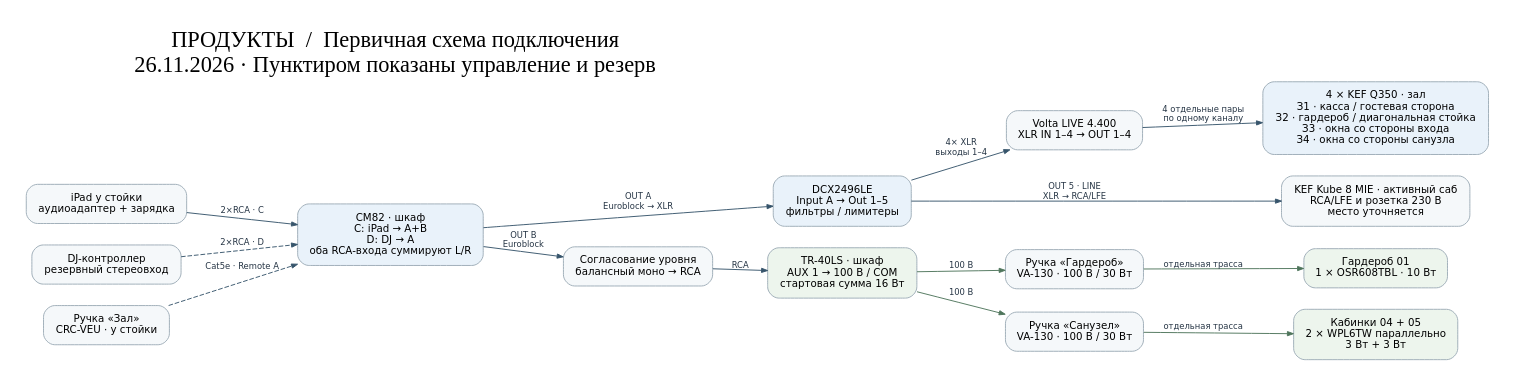
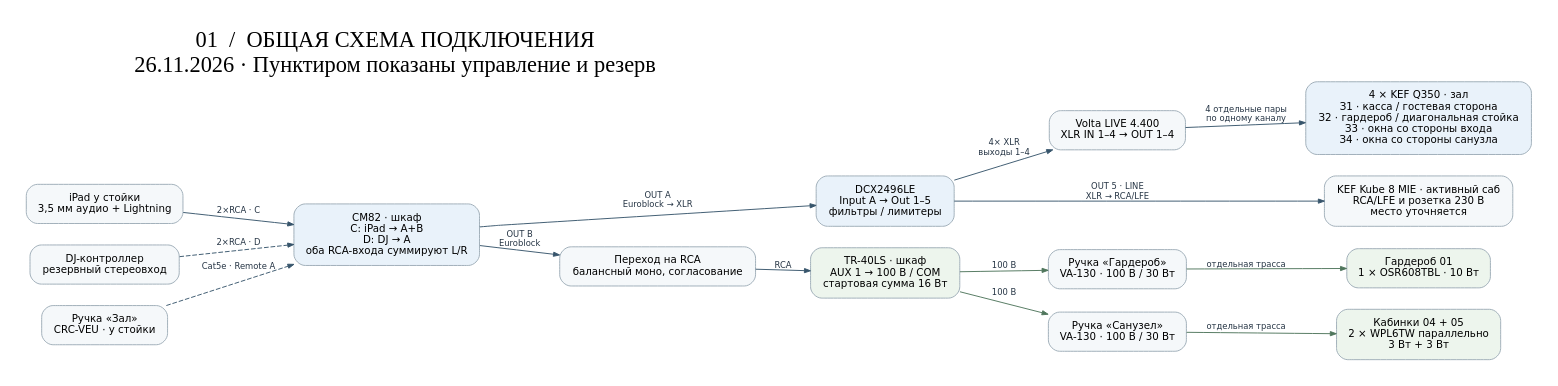
The diagram in produkty/visuals/signal-flow.dot (olegoviccc/p2p-audio-system-design), drawn with Graphviz before and after one commit. The commit also changed 13 other files, not shown here.

Commit message:
Зафиксировать смету заказчика и выпустить комплект схем

```diff
--- a/produkty/visuals/signal-flow.dot
+++ b/produkty/visuals/signal-flow.dot
@@ -1,28 +1,28 @@
 digraph Signal {
-  graph [rankdir=LR,bgcolor="#ffffff",pad=.28,nodesep=.32,ranksep=.54,splines=polyline,labelloc=t,labeljust=l,fontname="DejaVu Sans Bold",fontsize=24,label="ПРОДУКТЫ  /  Первичная схема подключения\n26.11.2026 · Пунктиром показаны управление и резерв"];
+  graph [rankdir=LR,bgcolor="#ffffff",pad=.28,nodesep=.32,ranksep=.54,splines=polyline,labelloc=t,labeljust=l,fontname="DejaVu Sans Bold",fontsize=24,label="01  /  ОБЩАЯ СХЕМА ПОДКЛЮЧЕНИЯ\n26.11.2026 · Пунктиром показаны управление и резерв"];
   node [shape=box,style="rounded,filled",fontname="DejaVu Sans",fontsize=11,color="#9cacb6",fillcolor="#f5f8fa",margin=".17,.12"];
   edge [fontname="DejaVu Sans",fontsize=9,color="#36546b",fontcolor="#253444",arrowsize=.65];
-  ipad [label="iPad у стойки\nаудиоадаптер + зарядка"]; dj [label="DJ-контроллер\nрезервный стереовход"];
+  ipad [label="iPad у стойки\n3,5 мм аудио + Lightning"]; dj [label="DJ-контроллер\nрезервный стереовход"];
   mixer [label="CM82 · шкаф\nC: iPad → A+B\nD: DJ → A\nоба RCA-входа суммируют L/R",fillcolor="#e9f2fa"];
   wall [label="Ручка «Зал»\nCRC-VEU · у стойки"];
   dsp [label="DCX2496LE\nInput A → Out 1–5\nфильтры / лимитеры",fillcolor="#e9f2fa"];
   pa [label="Volta LIVE 4.400\nXLR IN 1–4 → OUT 1–4"];
   hall [label="4 × KEF Q350 · зал\nЗ1 · касса / гостевая сторона\nЗ2 · гардероб / диагональная стойка\nЗ3 · окна со стороны входа\nЗ4 · окна со стороны санузла",fillcolor="#e9f2fa"];
   sub [label="KEF Kube 8 MIE · активный саб\nRCA/LFE и розетка 230 В\nместо уточняется"];
-  match [label="Согласование уровня\nбалансный моно → RCA"];
+  match [label="Переход на RCA\nбалансный моно, согласование"];
   tr [label="TR-40LS · шкаф\nAUX 1 → 100 В / COM\nстартовая сумма 16 Вт",fillcolor="#edf5ed"];
   coat [label="Ручка «Гардероб»\nVA-130 · 100 В / 30 Вт"];
   wc [label="Ручка «Санузел»\nVA-130 · 100 В / 30 Вт"];
   osr [label="Гардероб 01\n1 × OSR608TBL · 10 Вт",fillcolor="#edf5ed"];
   wpl [label="Кабинки 04 + 05\n2 × WPL6TW параллельно\n3 Вт + 3 Вт",fillcolor="#edf5ed"];
   ipad -> mixer [label="2×RCA · C"]; dj -> mixer [label="2×RCA · D",style=dashed];
   wall -> mixer [label="Cat5e · Remote A",style=dashed,constraint=false];
   mixer -> dsp [label="OUT A\nEuroblock → XLR"];
   dsp -> pa [label="4× XLR\nвыходы 1–4"]; pa -> hall [label="4 отдельные пары\nпо одному каналу"];
   dsp -> sub [label="OUT 5 · LINE\nXLR → RCA/LFE"];
   mixer -> match [label="OUT B\nEuroblock"]; match -> tr [label="RCA"]; tr -> coat [label="100 В",color="#4e755b"];
   tr -> wc [label="100 В",color="#4e755b"];
   coat -> osr [label="отдельная трасса",color="#4e755b"];
   wc -> wpl [label="отдельная трасса",color="#4e755b"];
   {rank=same; hall;sub;osr;wpl}
 }
```
